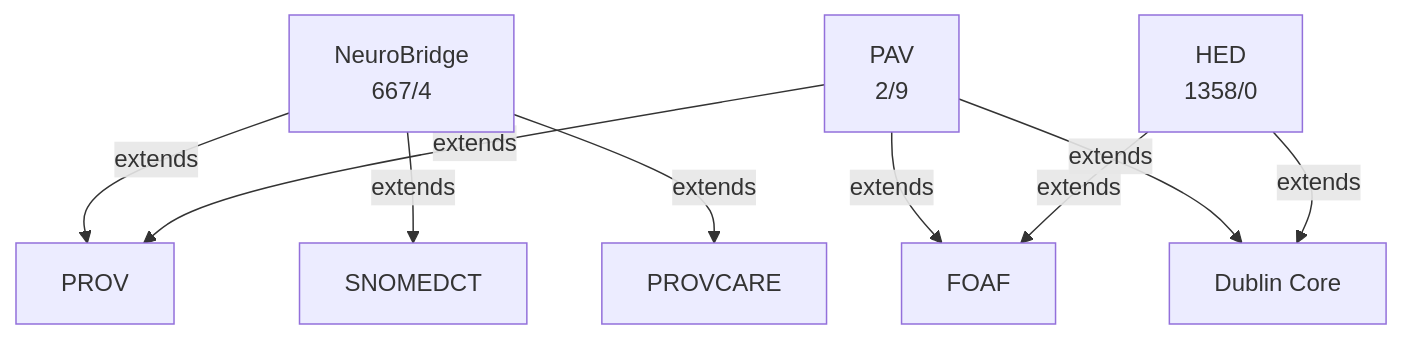
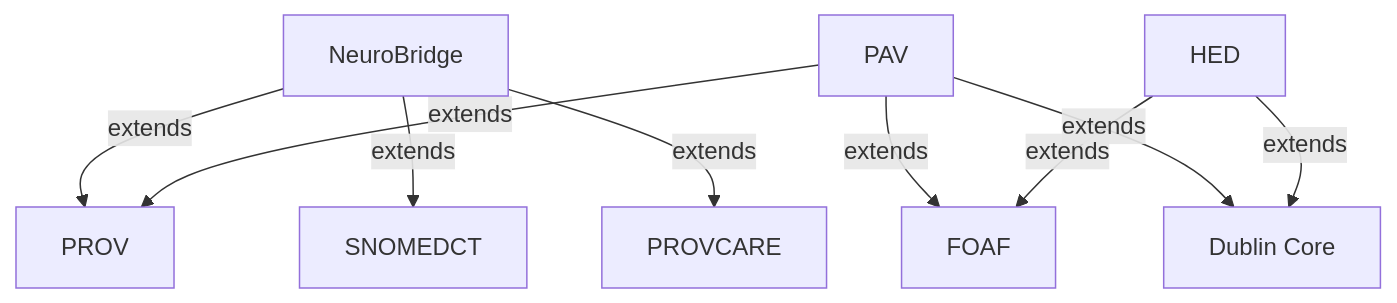
The diagram in readme.md (sensein/assertion-evidence-paper), drawn with Mermaid before and after one commit. The commit also changed 1 other file, not shown here.

Commit message:
removed numbers from mermaid for consistency and image -- png also added

````diff
--- a/readme.md
+++ b/readme.md
@@ -100,15 +100,12 @@
 ```mermaid
 
 flowchart TD
-    NeuroBridge[NeuroBridge
-        667/4] -- extends --> PROV
+    NeuroBridge[NeuroBridge] -- extends --> PROV
     NeuroBridge -- extends --> SNOMEDCT
     NeuroBridge -- extends --> PROVCARE
-    PAV[PAV
-        2/9] -- extends --> PROV
+    PAV[PAV] -- extends --> PROV
     PAV -- extends --> FOAF
     PAV -- extends --> DC[Dublin Core]
-    HED[HED
-        1358/0] -- extends --> DC
+    HED[HED] -- extends --> DC
     HED -- extends --> FOAF
 ```
````
